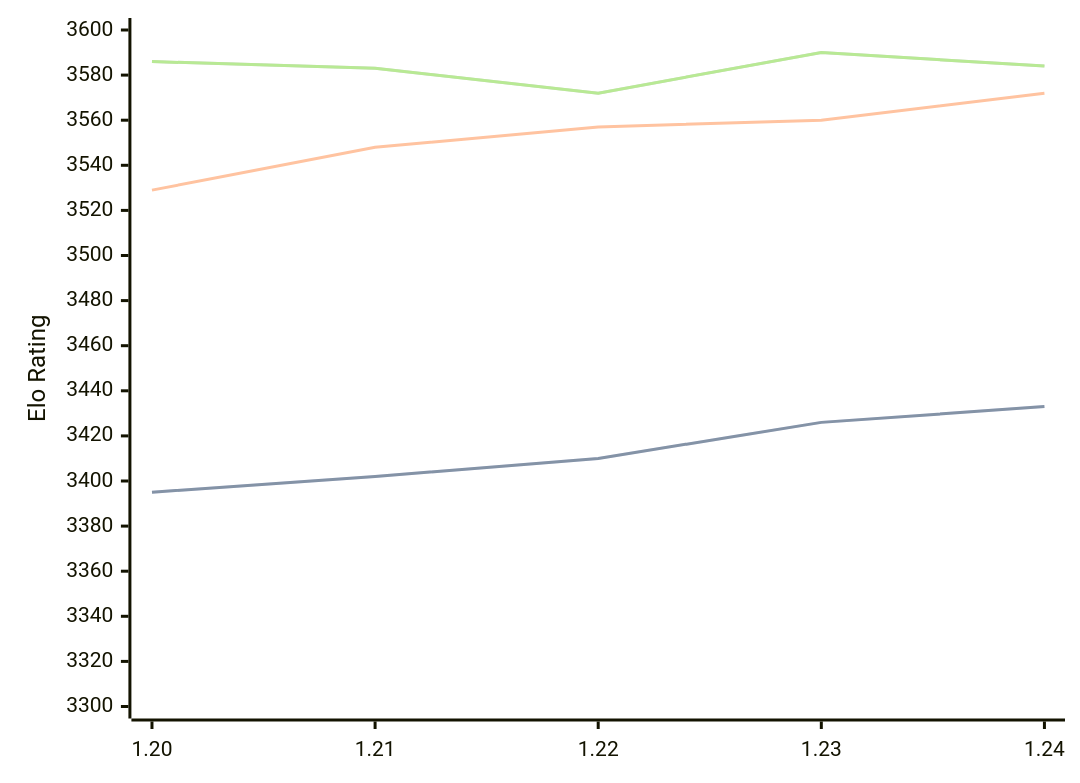
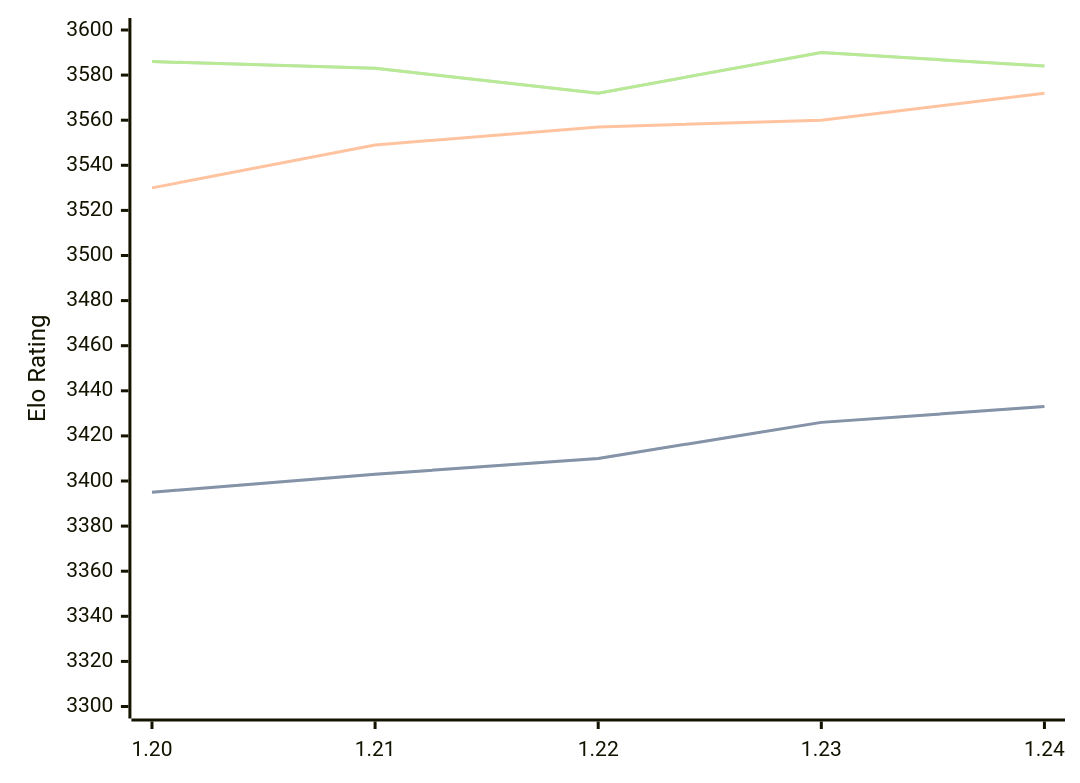
One commit to computer-chess-index/cci changed the diagram in engines/Caissa.md. Above: the diagram before and after it, drawn with Mermaid. The commit also changed other lines of this file, not shown here.

````diff
--- a/engines/Caissa.md
+++ b/engines/Caissa.md
@@ -61,11 +61,11 @@
 ```mermaid
 %%{init: {"theme":"base","themeVariables":{"seriesColors:['#a3a3a3','#222221','#faa371']}}}%%
 xychart-beta
   x-axis ["1.20", "1.21", "1.22", "1.23", "1.24"]
   y-axis "Elo Rating" 3300 --> 3600
-  line "STC (8.0+0.08s)" [3395, 3402, 3410, 3426, 3433]
-  line "STC (8.0+0.08s)" [3395, 3402, 3410, 3426, 3433]
-  line "LTC (60.0+0.60s)" [3529, 3548, 3557, 3560, 3572]
+  line "STC (8.0+0.08s)" [3395, 3403, 3410, 3426, 3433]
+  line "STC (8.0+0.08s)" [3395, 3403, 3410, 3426, 3433]
+  line "LTC (60.0+0.60s)" [3530, 3549, 3557, 3560, 3572]
   line "VLTC (2m24s+1.12s)" [3586, 3583, 3572, 3590, 3584]
   line "VLTC (2m24s+1.12s)" [3586, 3583, 3572, 3590, 3584]
 ```
````
